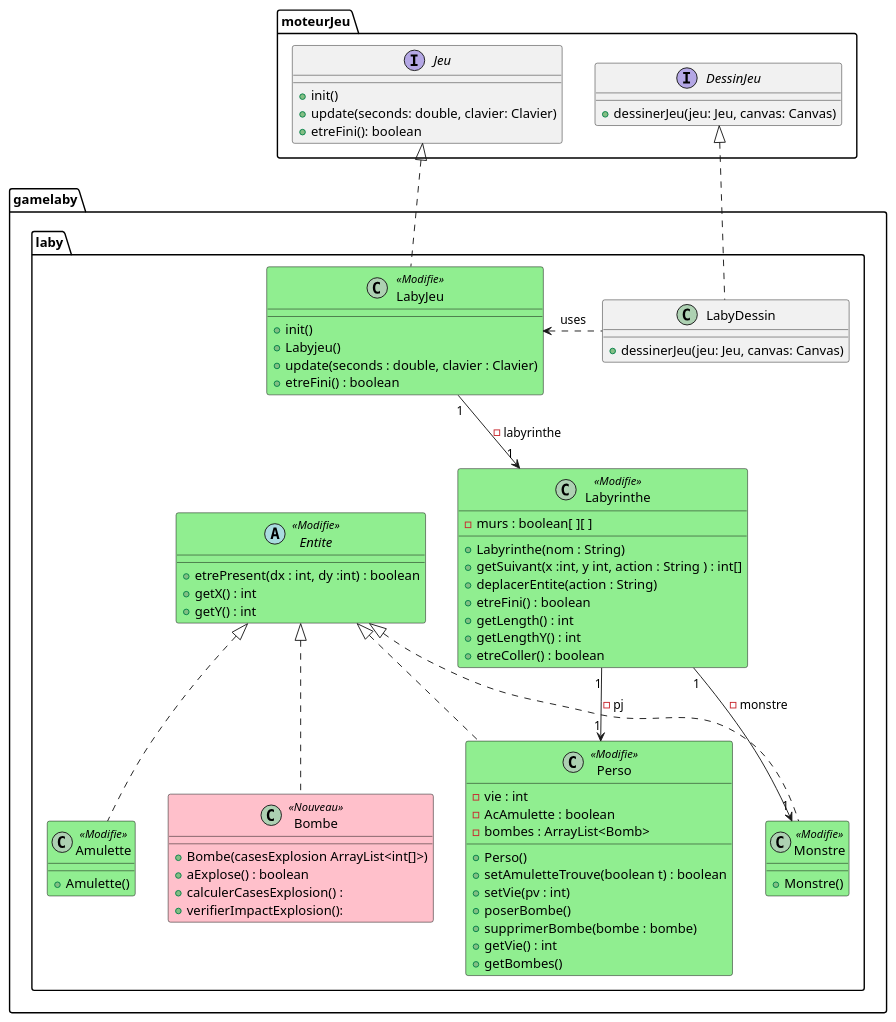
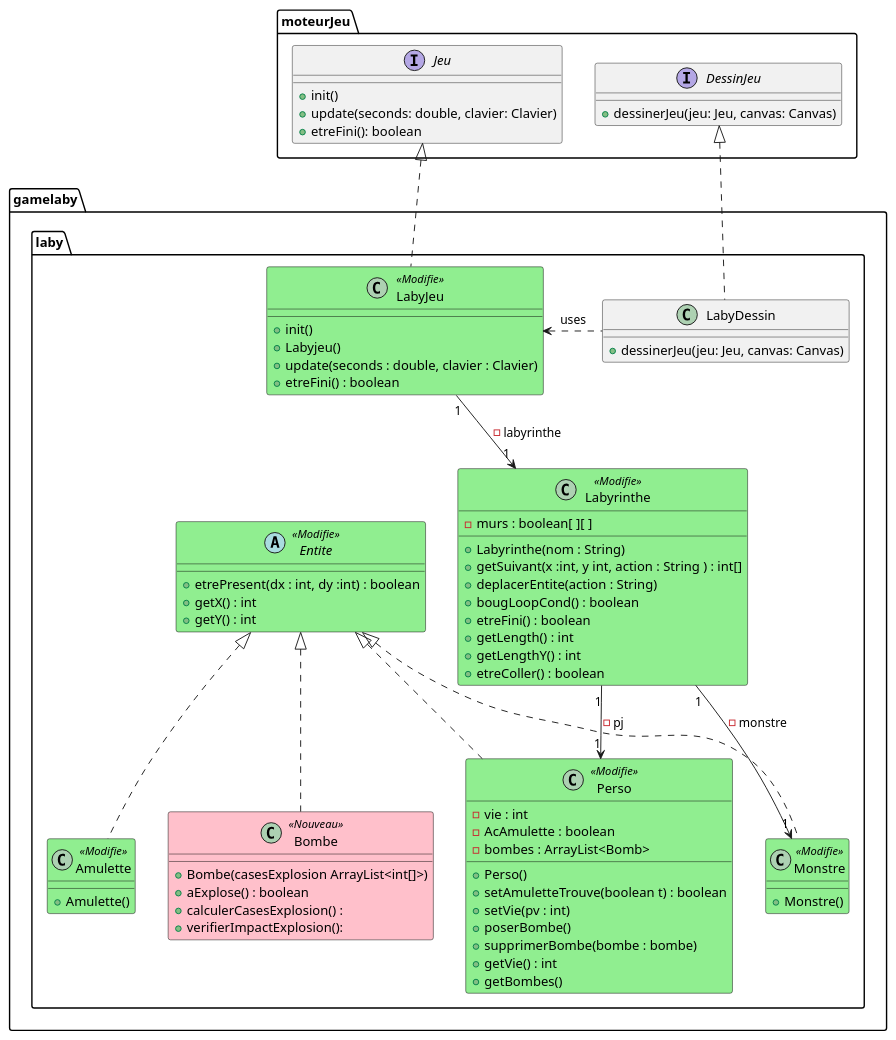
The diagram in zeldiablo/documents/version_4/DiagrammeClasseTroisiemeIteration.puml (Jean-BaptisteEvan/2022_Zeldiablo_jeandidi3u_hary16u_jeanbap14u_dirand13u), drawn with PlantUML before and after one commit. The commit also changed 93 other files, not shown here.

```diff
--- a/zeldiablo/documents/version_4/DiagrammeClasseTroisiemeIteration.puml
+++ b/zeldiablo/documents/version_4/DiagrammeClasseTroisiemeIteration.puml
@@ -1,103 +1,104 @@
 @startuml
 skinparam class{
     backgroundColor<<Nouveau>> Pink
     borderColor<<Nouveau>>  Black
     backgroundColor<<Modifie>> LightGreen
     borderColor<<Modifie>>  Black
 }
 package moteurJeu{
 interface Jeu{
 + init()
 + update(seconds: double, clavier: Clavier)
 + etreFini(): boolean
 }
 
 
 interface DessinJeu {
 + dessinerJeu(jeu: Jeu, canvas: Canvas)
 }
 }
 package gamelaby.laby{
     class LabyDessin{
         + dessinerJeu(jeu: Jeu, canvas: Canvas)
     }
 
 DessinJeu <|.. LabyDessin
     class LabyJeu <<Modifie>>{
         +init()
         +Labyjeu()
         +update(seconds : double, clavier : Clavier)
         +etreFini() : boolean
         }
 
 Jeu <|.. LabyJeu
 
     class Labyrinthe <<Modifie>>{
         -murs : boolean[ ][ ]
         +Labyrinthe(nom : String)
         +getSuivant(x :int, y int, action : String ) : int[]
         +deplacerEntite(action : String)
+        +bougLoopCond() : boolean
         +etreFini() : boolean
         +getLength() : int
         +getLengthY() : int
         +etreColler() : boolean
 
 
     }
 LabyJeu "1" --> "1" Labyrinthe : -labyrinthe
     abstract class Entite <<Modifie>> {
         +etrePresent(dx : int, dy :int) : boolean
         + getX() : int
         + getY() : int
     }
 
 
     class Perso <<Modifie>>{
     -vie : int
     -AcAmulette : boolean
     -bombes : ArrayList<Bomb>
     +Perso()
     +setAmuletteTrouve(boolean t) : boolean
     +setVie(pv : int)
     +poserBombe()
     +supprimerBombe(bombe : bombe)
     +getVie() : int
     +getBombes()
 
 
 
 
 
     }
     class Monstre <<Modifie>>{
 
 
     +Monstre()
 
     }
     class Amulette<<Modifie>>{
 
 
         +Amulette()
 
     }
     class Bombe<<Nouveau>>{
             +Bombe(casesExplosion ArrayList<int[]>)
             +aExplose() : boolean
             +calculerCasesExplosion() :
             +verifierImpactExplosion():
         }
 
 
 Entite <|.. Amulette
  Entite <|.. Perso
  Entite <|.. Monstre
  Entite <|.. Bombe
  Labyrinthe "1" --> "1" Perso : -pj
  Labyrinthe "1" --> "1" Monstre : -monstre
  LabyJeu <. LabyDessin:uses
     }
 
 
 
 @enduml
```
